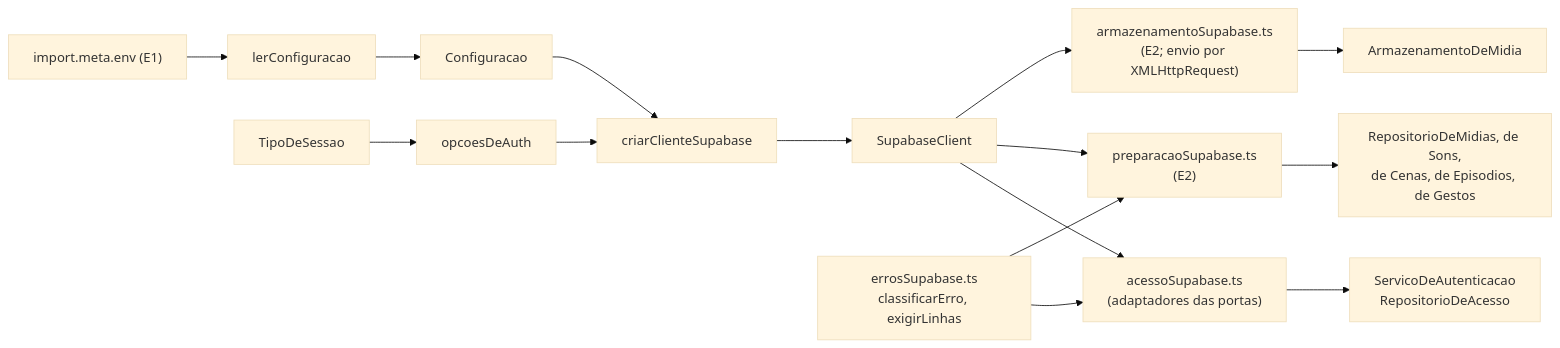
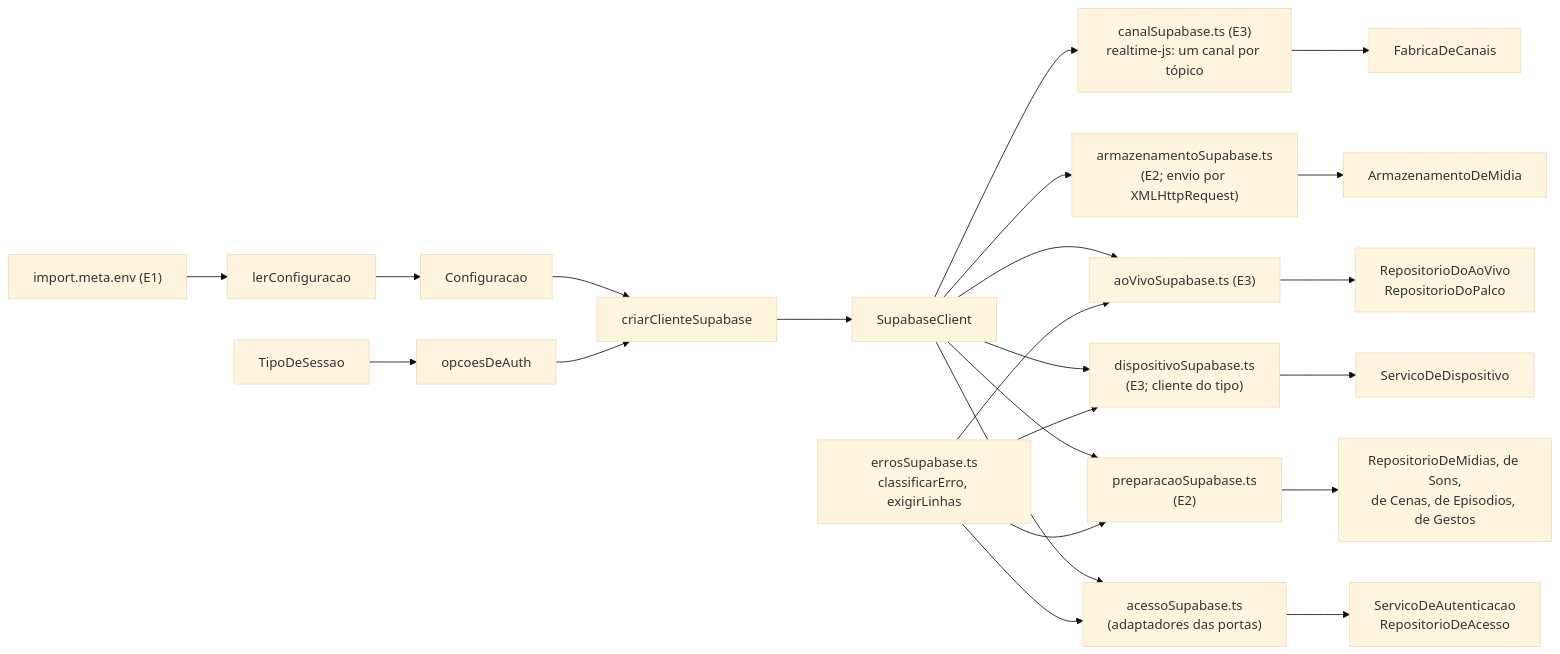
The diagram in src/shared/infra/README.md (TokumoH/RevocastCameras), drawn with Mermaid (base theme) before and after one commit. The commit also changed other lines of this file and 18 other files, not shown here.

First line of the commit message:
feat: E3 Tarefa 4 — adaptadores Supabase do pareamento, do ao vivo e do canal (VER-038)

````diff
--- a/src/shared/infra/README.md
+++ b/src/shared/infra/README.md
@@ -93,17 +121,25 @@
 ```mermaid
 flowchart LR
     E["import.meta.env (E1)"] --> L[lerConfiguracao]
     L --> C[Configuracao]
     C --> K[criarClienteSupabase]
     T[TipoDeSessao] --> O[opcoesDeAuth]
     O --> K
     K --> S[SupabaseClient]
     S --> AS["acessoSupabase.ts<br/>(adaptadores das portas)"]
     AS --> P["ServicoDeAutenticacao<br/>RepositorioDeAcesso"]
     S --> PS["preparacaoSupabase.ts<br/>(E2)"]
     PS --> PR["RepositorioDeMidias, de Sons,<br/>de Cenas, de Episodios, de Gestos"]
     S --> AR["armazenamentoSupabase.ts<br/>(E2; envio por XMLHttpRequest)"]
     AR --> AM[ArmazenamentoDeMidia]
     ER["errosSupabase.ts<br/>classificarErro, exigirLinhas"] --> AS
     ER --> PS
+    S --> DS["dispositivoSupabase.ts<br/>(E3; cliente do tipo)"]
+    DS --> SD[ServicoDeDispositivo]
+    S --> AVS["aoVivoSupabase.ts (E3)"]
+    AVS --> RAV["RepositorioDoAoVivo<br/>RepositorioDoPalco"]
+    S --> CS["canalSupabase.ts (E3)<br/>realtime-js: um canal por tópico"]
+    CS --> FC[FabricaDeCanais]
+    ER --> DS
+    ER --> AVS
 ```
````
